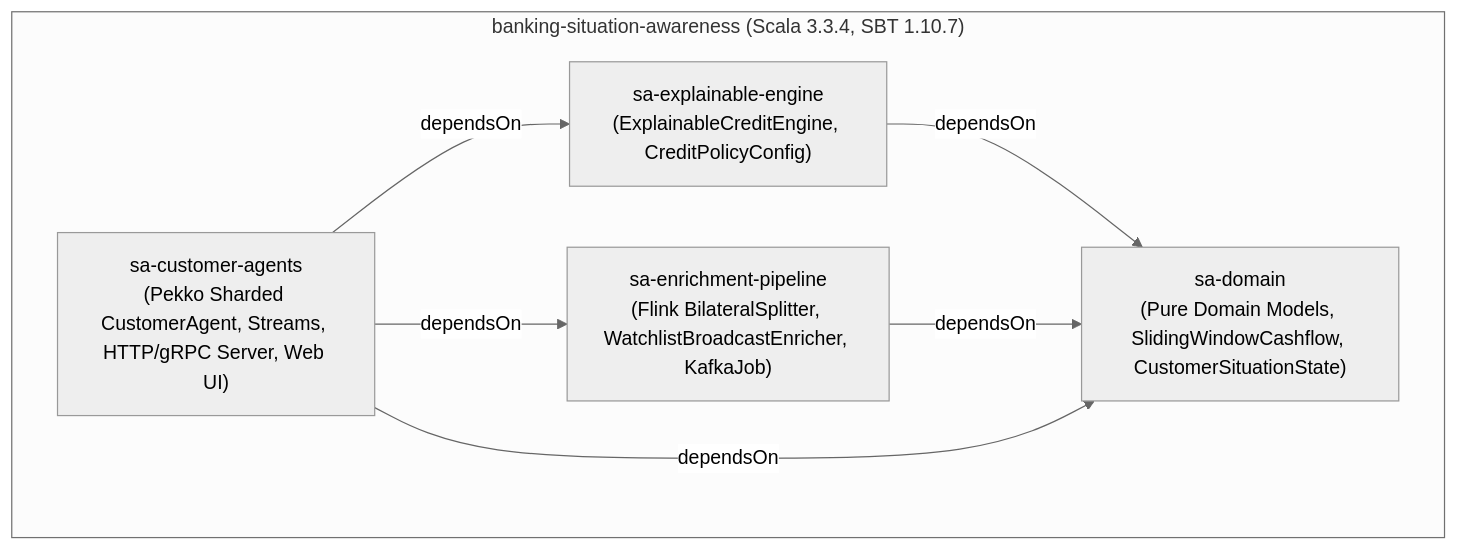
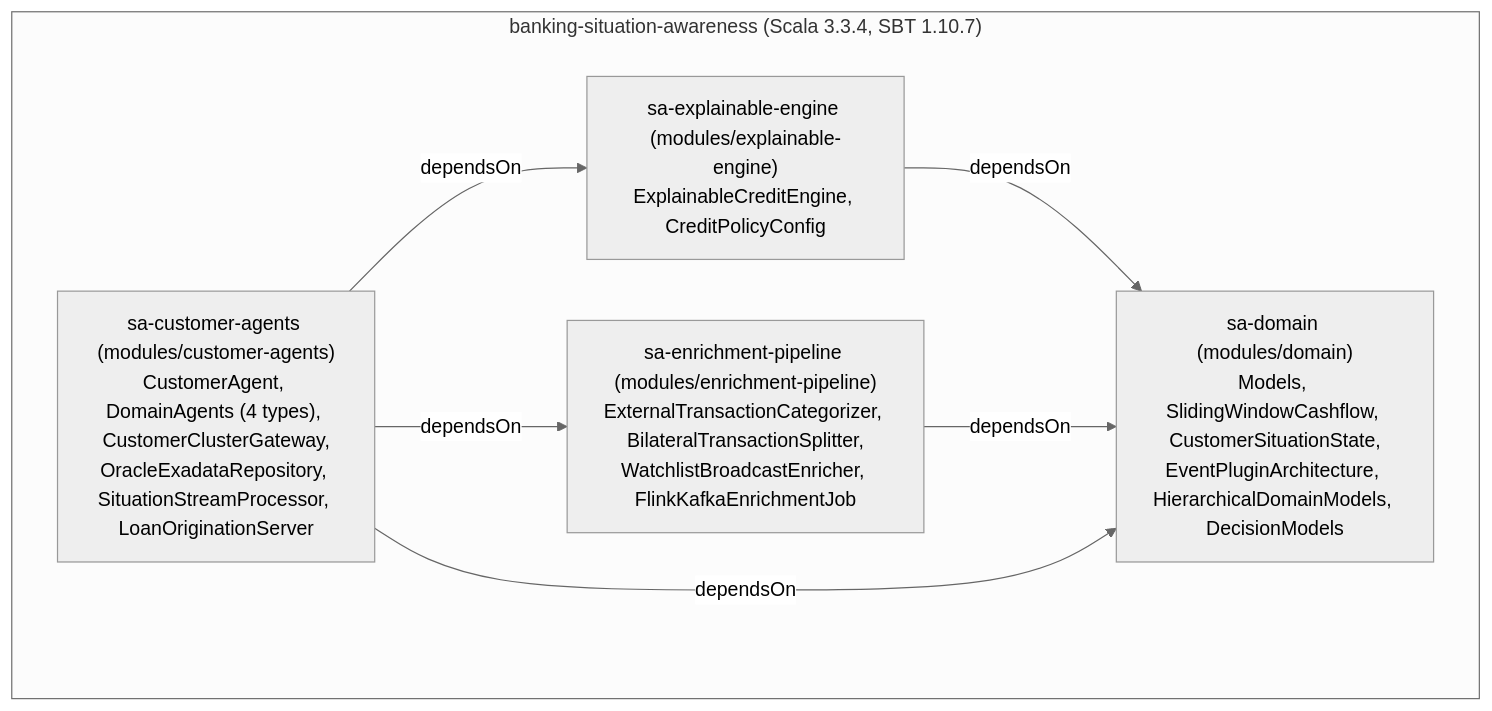
Before and after one commit to kkaduk/CustAgents: the eighth of 9 diagrams in ARCHITECTURE.md, drawn with Mermaid (neutral theme). The commit also changed other lines of this file, not shown here.

Commit message:
Adding 4+1 architecture description

````diff
--- a/ARCHITECTURE.md
+++ b/ARCHITECTURE.md
@@ -372,15 +540,15 @@
 ```mermaid
 flowchart TB
     subgraph Root["banking-situation-awareness (Scala 3.3.4, SBT 1.10.7)"]
-        Domain["sa-domain<br/>(Pure Domain Models, SlidingWindowCashflow, CustomerSituationState)"]
-        Engine["sa-explainable-engine<br/>(ExplainableCreditEngine, CreditPolicyConfig)"]
-        FlinkMod["sa-enrichment-pipeline<br/>(Flink BilateralSplitter, WatchlistBroadcastEnricher, KafkaJob)"]
-        PekkoMod["sa-customer-agents<br/>(Pekko Sharded CustomerAgent, Streams, HTTP/gRPC Server, Web UI)"]
+        Domain["sa-domain (modules/domain)<br/>Models, SlidingWindowCashflow, CustomerSituationState,<br/>EventPluginArchitecture, HierarchicalDomainModels, DecisionModels"]
+        Engine["sa-explainable-engine (modules/explainable-engine)<br/>ExplainableCreditEngine, CreditPolicyConfig"]
+        FlinkMod["sa-enrichment-pipeline (modules/enrichment-pipeline)<br/>ExternalTransactionCategorizer, BilateralTransactionSplitter,<br/>WatchlistBroadcastEnricher, FlinkKafkaEnrichmentJob"]
+        PekkoMod["sa-customer-agents (modules/customer-agents)<br/>CustomerAgent, DomainAgents (4 types), CustomerClusterGateway,<br/>OracleExadataRepository, SituationStreamProcessor, LoanOriginationServer"]
     end
 
     Engine -->|"dependsOn"| Domain
     FlinkMod -->|"dependsOn"| Domain
     PekkoMod -->|"dependsOn"| Domain
     PekkoMod -->|"dependsOn"| Engine
     PekkoMod -->|"dependsOn"| FlinkMod
 ```
````
